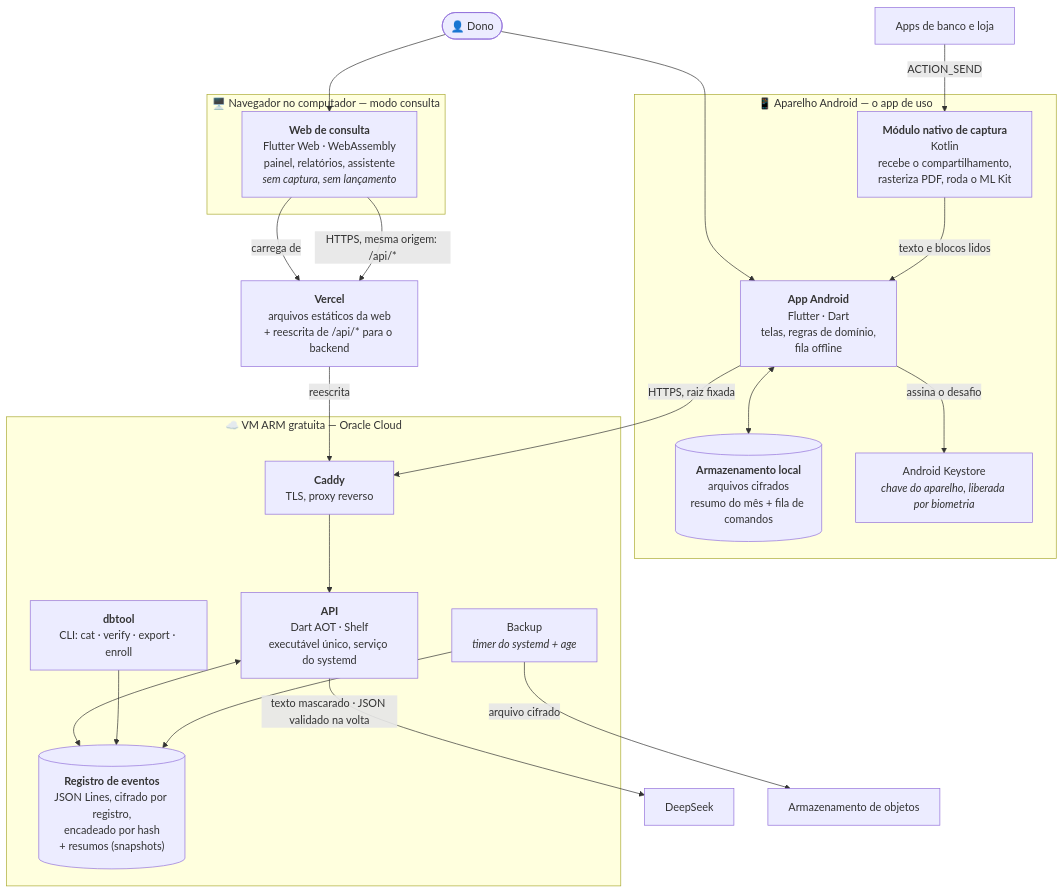
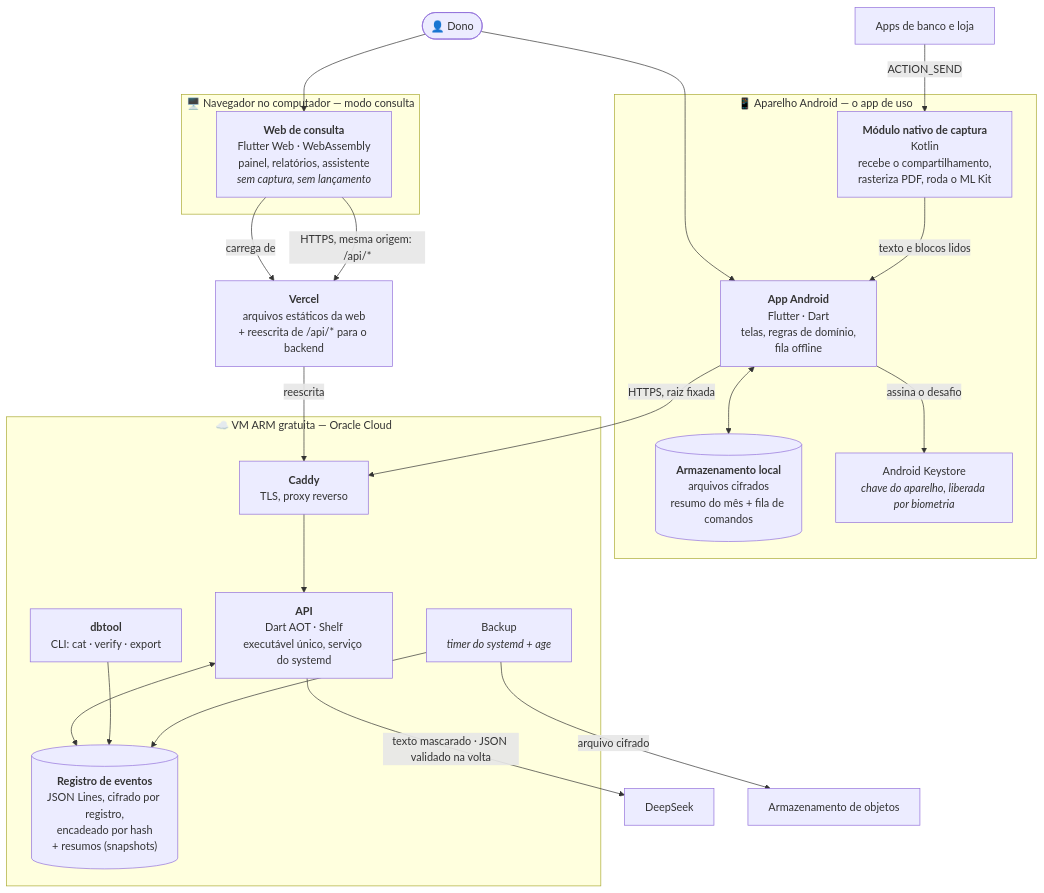
Before and after one commit to Marcos-Codfy/finance-cajui: the second of 2 diagrams in docs/architecture/c4.md, drawn with Mermaid. The commit also changed 3 other files, not shown here.

````diff
--- a/docs/architecture/c4.md
+++ b/docs/architecture/c4.md
@@ -36,46 +36,46 @@
 ```mermaid
 flowchart TB
     dono(["👤 Dono"])
     apps["Apps de banco e loja"]
 
     subgraph aparelho ["📱 Aparelho Android — o app de uso"]
         app["<b>App Android</b><br/>Flutter · Dart<br/>telas, regras de domínio,<br/>fila offline"]
         nativo["<b>Módulo nativo de captura</b><br/>Kotlin<br/>recebe o compartilhamento,<br/>rasteriza PDF, roda o ML Kit"]
         cofre[("<b>Armazenamento local</b><br/>arquivos cifrados<br/>resumo do mês + fila de comandos")]
         keystore["Android Keystore<br/><i>chave do aparelho, liberada por biometria</i>"]
     end
 
     subgraph navegador ["🖥️ Navegador no computador — modo consulta"]
         web["<b>Web de consulta</b><br/>Flutter Web · WebAssembly<br/>painel, relatórios, assistente<br/><i>sem captura, sem lançamento</i>"]
     end
 
     vercel["<b>Vercel</b><br/>arquivos estáticos da web<br/>+ reescrita de /api/* para o backend"]
 
     subgraph vm ["☁️ VM ARM gratuita — Oracle Cloud"]
         caddy["<b>Caddy</b><br/>TLS, proxy reverso"]
         api["<b>API</b><br/>Dart AOT · Shelf<br/>executável único, serviço do systemd"]
         log[("<b>Registro de eventos</b><br/>JSON Lines, cifrado por registro,<br/>encadeado por hash<br/>+ resumos (snapshots)")]
-        dbtool["<b>dbtool</b><br/>CLI: cat · verify · export · enroll"]
+        dbtool["<b>dbtool</b><br/>CLI: cat · verify · export"]
         job["Backup<br/><i>timer do systemd + age</i>"]
     end
 
     deepseek["DeepSeek"]
     balde["Armazenamento de objetos"]
 
     dono --> app
     dono --> web
     apps -- "ACTION_SEND" --> nativo
     nativo -- "texto e blocos lidos" --> app
     app <--> cofre
     app -- "assina o desafio" --> keystore
     app -- "HTTPS, raiz fixada" --> caddy
     web -- "carrega de" --> vercel
     web -- "HTTPS, mesma origem: /api/*" --> vercel
     vercel -- "reescrita" --> caddy
     caddy --> api
     api <--> log
     dbtool --> log
     job --> log
     job -- "arquivo cifrado" --> balde
     api -- "texto mascarado · JSON validado na volta" --> deepseek
 ```
````
